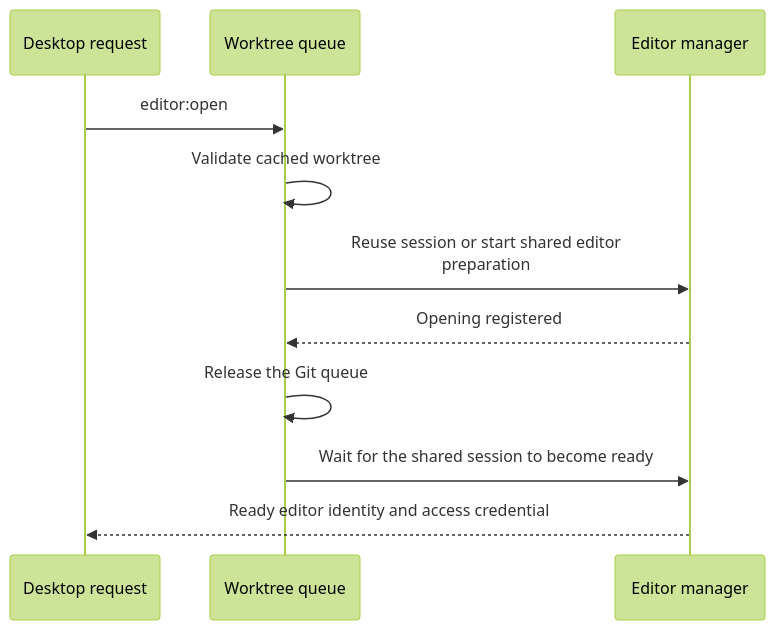
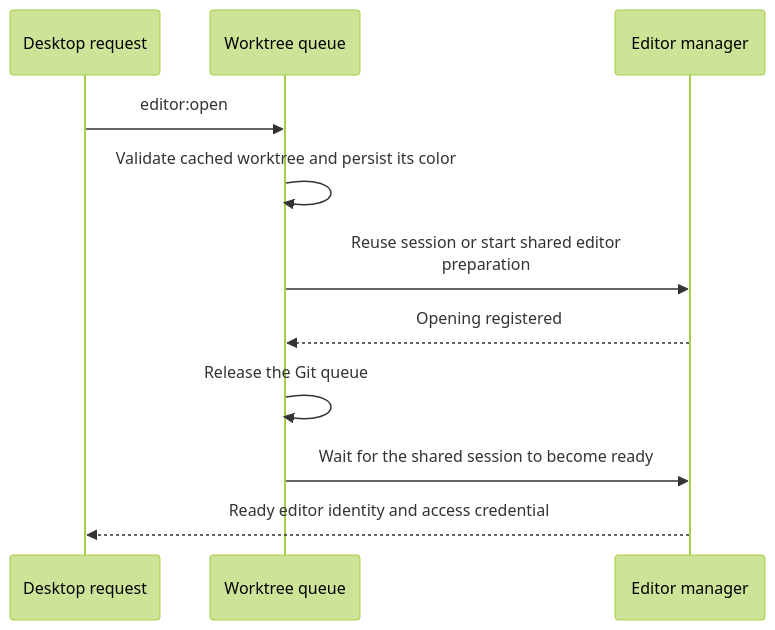
The first of 5 diagrams in workflows/editors.md (takeshibaconsuzuki/ade-overlay), drawn with Mermaid (forest theme) before and after one commit. The commit also changed 18 other files, not shown here.

Commit message:
Persist worktree colors across picker and chat sidebar

````diff
--- a/workflows/editors.md
+++ b/workflows/editors.md
@@ -9,13 +9,13 @@
 ```mermaid
 sequenceDiagram
     participant Caller as Desktop request
     participant Store as Worktree queue
     participant Editors as Editor manager
     Caller->>Store: editor:open
-    Store->>Store: Validate cached worktree
+    Store->>Store: Validate cached worktree and persist its color
     Store->>Editors: Reuse session or start shared editor<br/>preparation
     Editors-->>Store: Opening registered
     Store->>Store: Release the Git queue
     Store->>Editors: Wait for the shared session to become ready
     Editors-->>Caller: Ready editor identity and access credential
 ```
````
